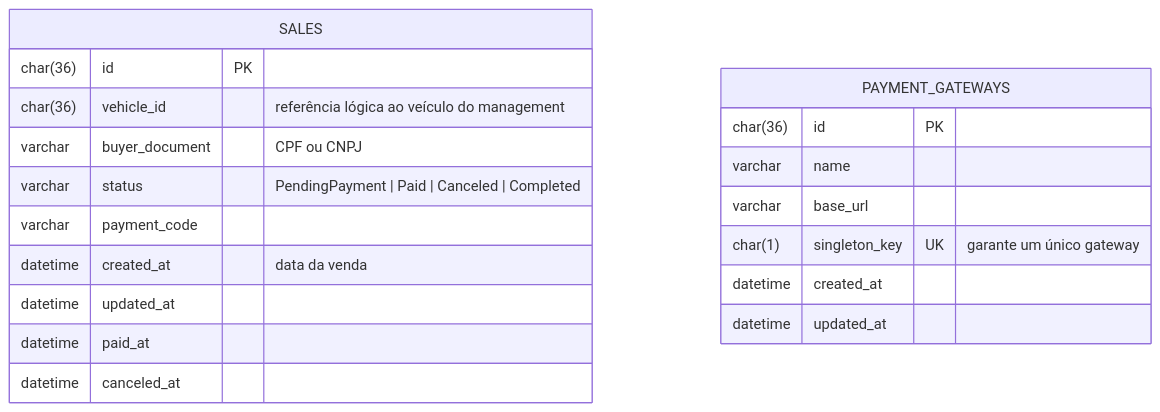
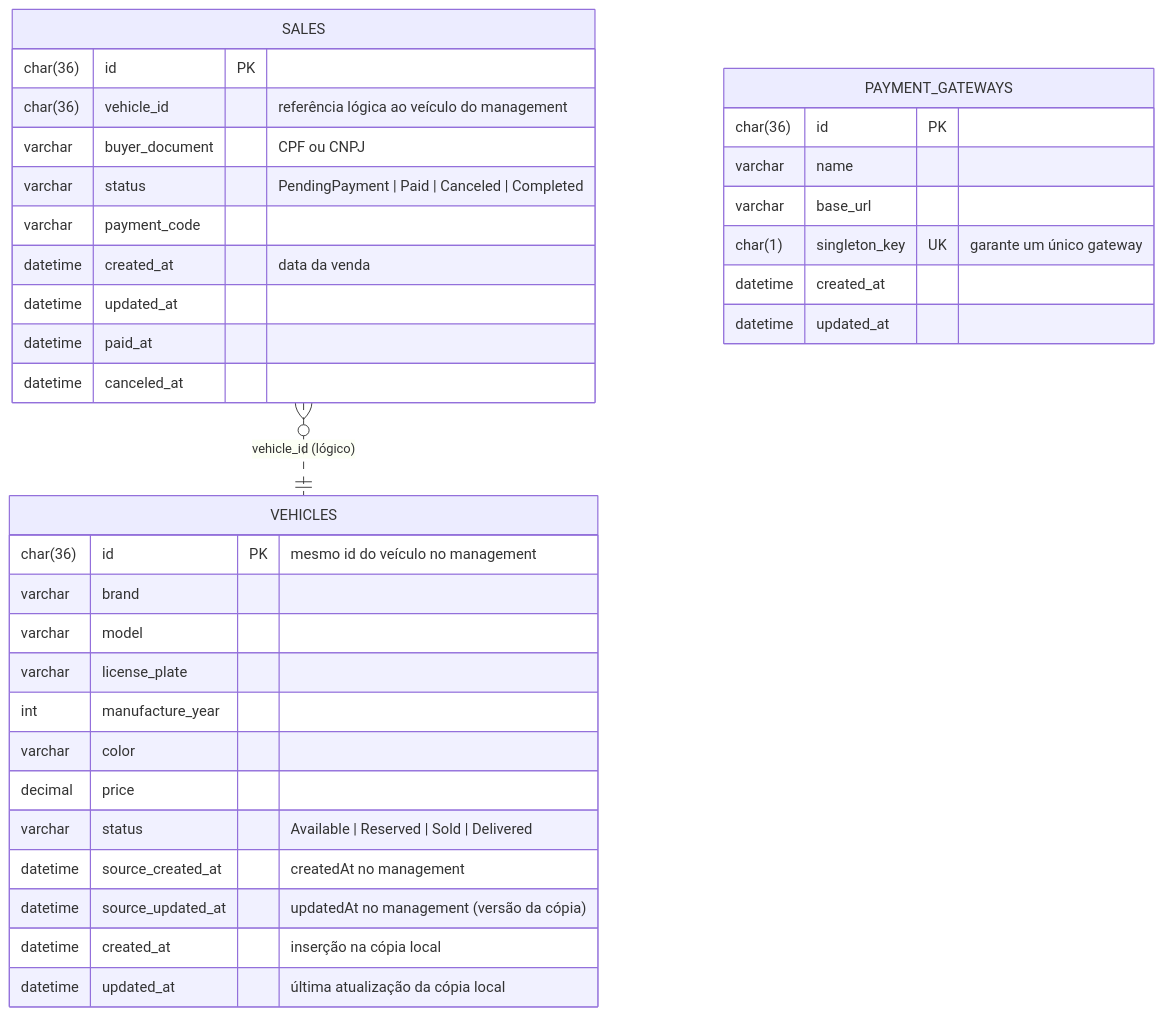
One commit to igortessaro/soat-vehicle-sales changed the sixth of 7 diagrams in README.md. Above: the diagram before and after it, drawn with Mermaid. The commit also changed other lines of this file and 12 other files, not shown here.

````diff
--- a/README.md
+++ b/README.md
@@ -232,22 +232,37 @@
 ```mermaid
 erDiagram
     SALES {
         char(36) id PK
         char(36) vehicle_id "referência lógica ao veículo do management"
         varchar buyer_document "CPF ou CNPJ"
         varchar status "PendingPayment | Paid | Canceled | Completed"
         varchar payment_code
         datetime created_at "data da venda"
         datetime updated_at
         datetime paid_at
         datetime canceled_at
     }
     PAYMENT_GATEWAYS {
         char(36) id PK
         varchar name
         varchar base_url
         char(1) singleton_key UK "garante um único gateway"
         datetime created_at
         datetime updated_at
     }
+    VEHICLES {
+        char(36) id PK "mesmo id do veículo no management"
+        varchar brand
+        varchar model
+        varchar license_plate
+        int manufacture_year
+        varchar color
+        decimal price
+        varchar status "Available | Reserved | Sold | Delivered"
+        datetime source_created_at "createdAt no management"
+        datetime source_updated_at "updatedAt no management (versão da cópia)"
+        datetime created_at "inserção na cópia local"
+        datetime updated_at "última atualização da cópia local"
+    }
+    SALES }o..|| VEHICLES : "vehicle_id (lógico)"
 ```
````
